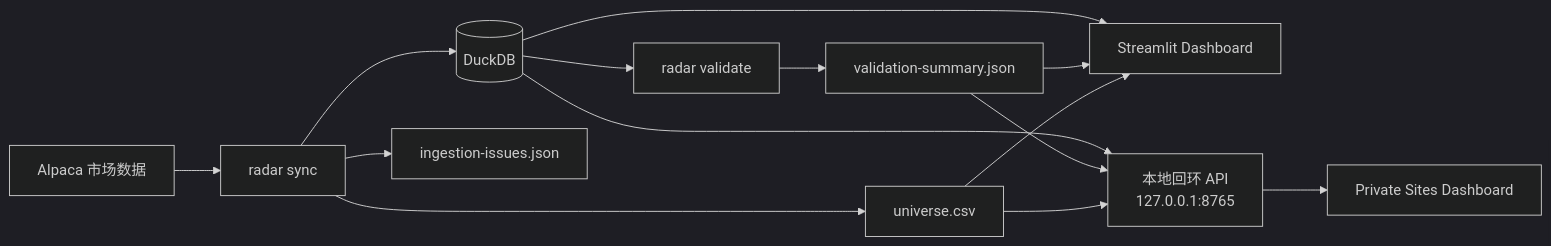
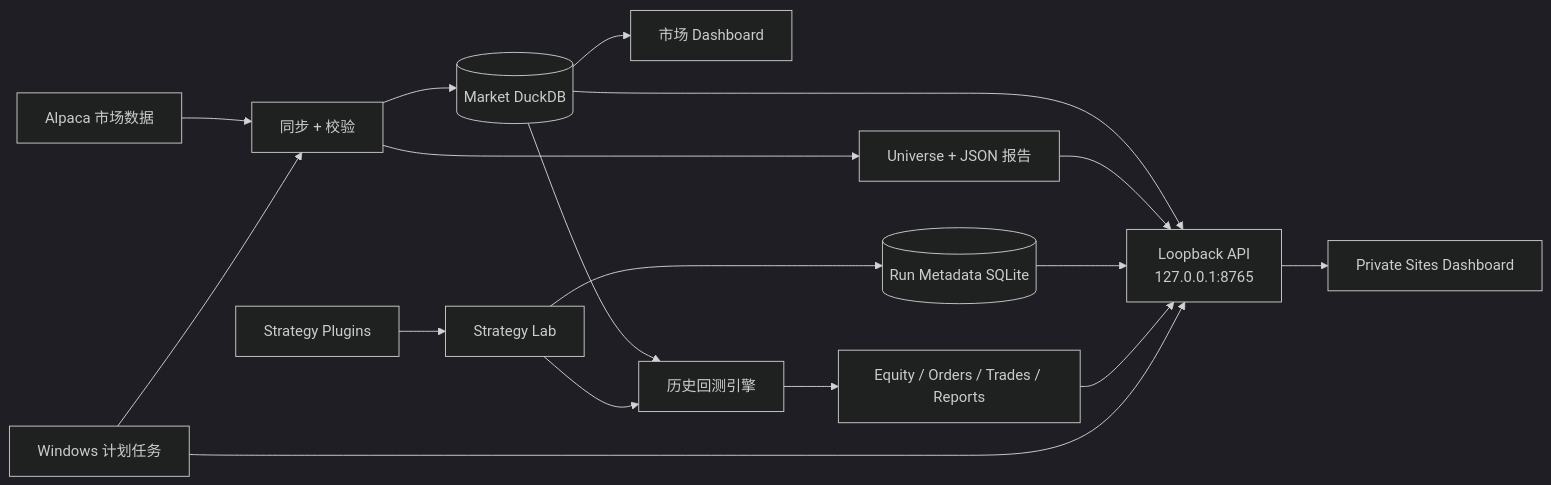
The diagram in README.zh-CN.md (zhoushuming073-cell/stock-radar), drawn with Mermaid (dark theme) before and after one commit. The commit also changed other lines of this file, not shown here.

Commit message:
docs: sync Chinese README with Phase 3

````diff
--- a/README.zh-CN.md
+++ b/README.zh-CN.md
@@ -87,16 +92,23 @@
 ```mermaid
 flowchart LR
-    A[Alpaca 市场数据] --> B[radar sync]
-    B --> C[(DuckDB)]
-    B --> D[universe.csv]
-    B --> E[ingestion-issues.json]
-    C --> F[radar validate]
-    F --> G[validation-summary.json]
-    C --> H[Streamlit Dashboard]
-    C --> I[本地回环 API<br/>127.0.0.1:8765]
-    G --> H
-    D --> H
-    G --> I
-    D --> I
-    I --> J[Private Sites Dashboard]
+    A[Alpaca 市场数据] --> B[同步 + 校验]
+    B --> C[(Market DuckDB)]
+    B --> D[Universe + JSON 报告]
+
+    C --> E[市场 Dashboard]
+    C --> F[历史回测引擎]
+
+    G[Strategy Plugins] --> H[Strategy Lab]
+    H --> F
+    H --> I[(Run Metadata SQLite)]
+    F --> J[Equity / Orders / Trades / Reports]
+
+    C --> K[Loopback API<br/>127.0.0.1:8765]
+    D --> K
+    I --> K
+    J --> K
+    K --> L[Private Sites Dashboard]
+
+    M[Windows 计划任务] --> B
+    M --> K
 ```
````
